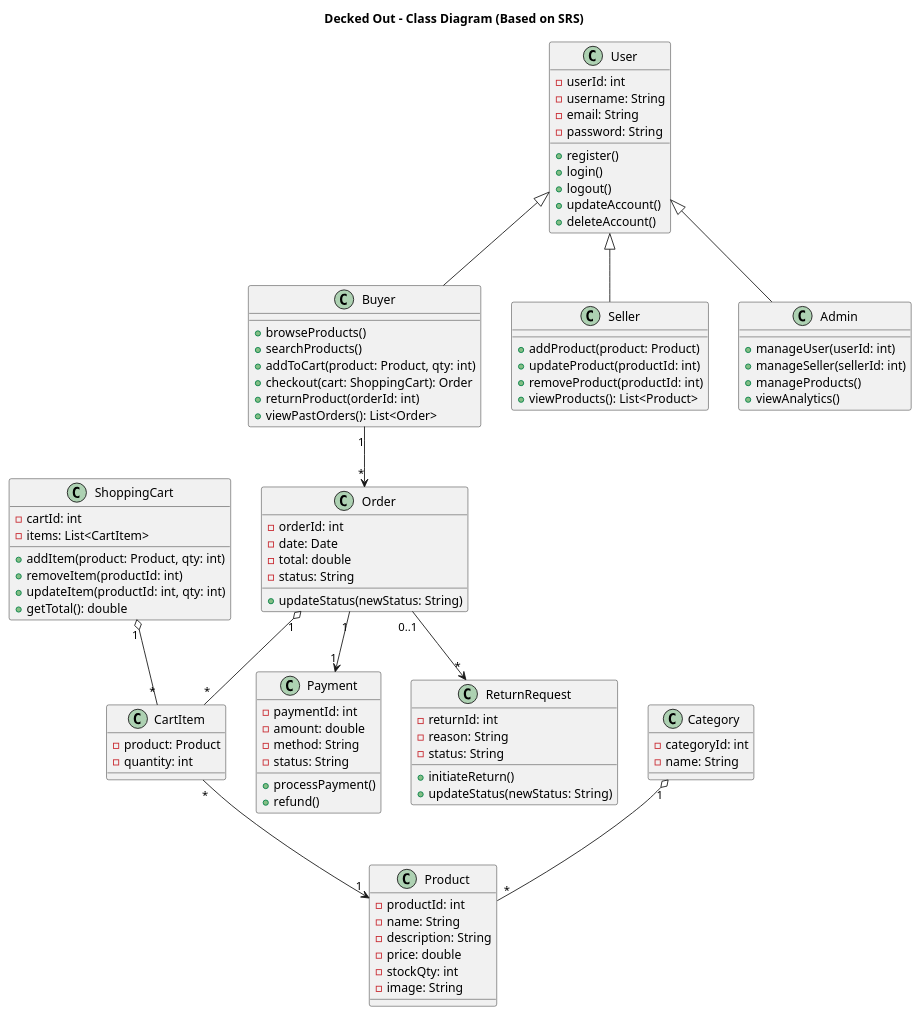
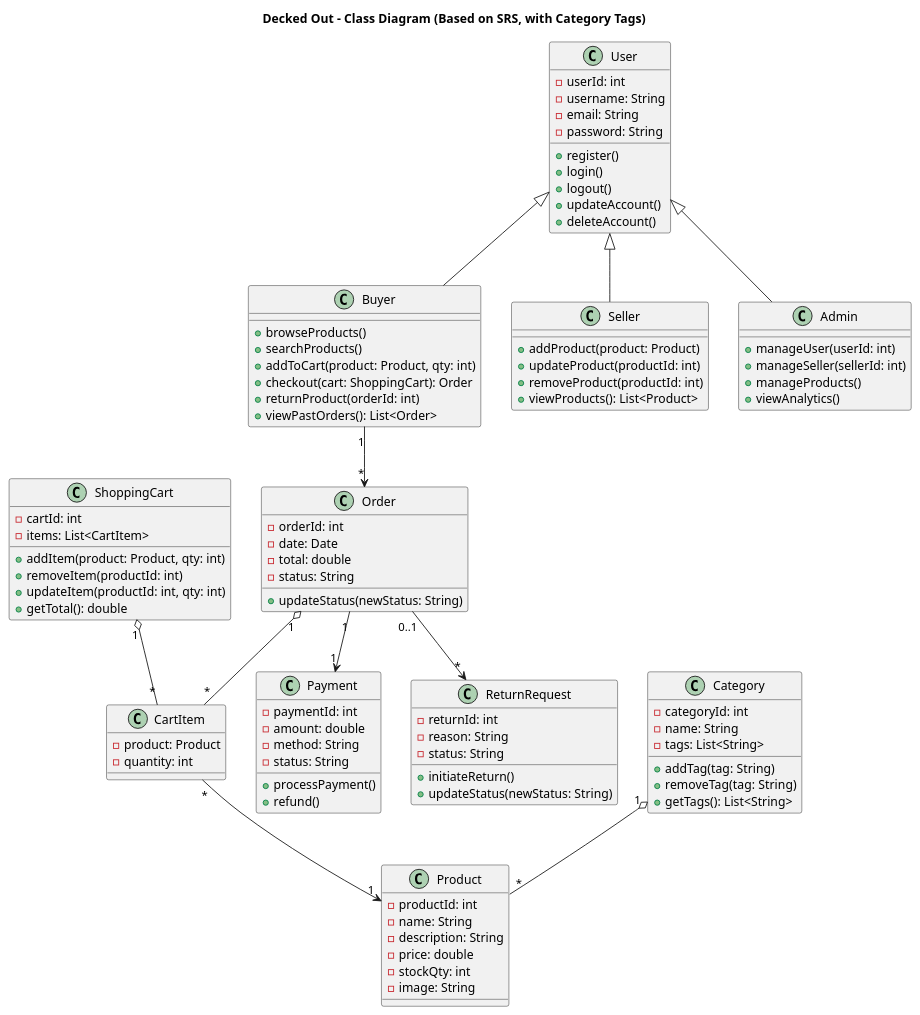
One commit to HighlyHylian/online-ecommerce-platform changed the diagram in diagrams/UML Class Diagram.puml. Above: the diagram before and after it, drawn with PlantUML.

Commit message:
updated category class

```diff
--- a/diagrams/UML Class Diagram.puml
+++ b/diagrams/UML Class Diagram.puml
@@ -1,112 +1,116 @@
 @startuml DeckedOutClassDiagram
 
-title Decked Out - Class Diagram (Based on SRS)
+title Decked Out - Class Diagram (Based on SRS, with Category Tags)
 
 ' ==== User Hierarchy ====
 class User {
   - userId: int
   - username: String
   - email: String
   - password: String
   + register()
   + login()
   + logout()
   + updateAccount()
   + deleteAccount()
 }
 
 class Buyer {
   + browseProducts()
   + searchProducts()
   + addToCart(product: Product, qty: int)
   + checkout(cart: ShoppingCart): Order
   + returnProduct(orderId: int)
   + viewPastOrders(): List<Order>
 }
 
 class Seller {
   + addProduct(product: Product)
   + updateProduct(productId: int)
   + removeProduct(productId: int)
   + viewProducts(): List<Product>
 }
 
 class Admin {
   + manageUser(userId: int)
   + manageSeller(sellerId: int)
   + manageProducts()
   + viewAnalytics()
 }
 
 User <|-- Buyer
 User <|-- Seller
 User <|-- Admin
 
 ' ==== Product & Categories ====
 class Product {
   - productId: int
   - name: String
   - description: String
   - price: double
   - stockQty: int
   - image: String
 }
 
 class Category {
   - categoryId: int
   - name: String
+  - tags: List<String>
+  + addTag(tag: String)
+  + removeTag(tag: String)
+  + getTags(): List<String>
 }
 
 Category "1" o-- "*" Product
 
 ' ==== Shopping Cart & Orders ====
 class ShoppingCart {
   - cartId: int
   - items: List<CartItem>
   + addItem(product: Product, qty: int)
   + removeItem(productId: int)
   + updateItem(productId: int, qty: int)
   + getTotal(): double
 }
 
 class CartItem {
   - product: Product
   - quantity: int
 }
 
 ShoppingCart "1" o-- "*" CartItem
 CartItem "*" --> "1" Product
 
 class Order {
   - orderId: int
   - date: Date
   - total: double
   - status: String
   + updateStatus(newStatus: String)
 }
 
 Buyer "1" --> "*" Order
 Order "1" o-- "*" CartItem
 
 ' ==== Payments & Returns ====
 class Payment {
   - paymentId: int
   - amount: double
   - method: String
   - status: String
   + processPayment()
   + refund()
 }
 
 class ReturnRequest {
   - returnId: int
   - reason: String
   - status: String
   + initiateReturn()
   + updateStatus(newStatus: String)
 }
 
 Order "1" --> "1" Payment
 Order "0..1" --> "*" ReturnRequest
 
 @enduml
```
